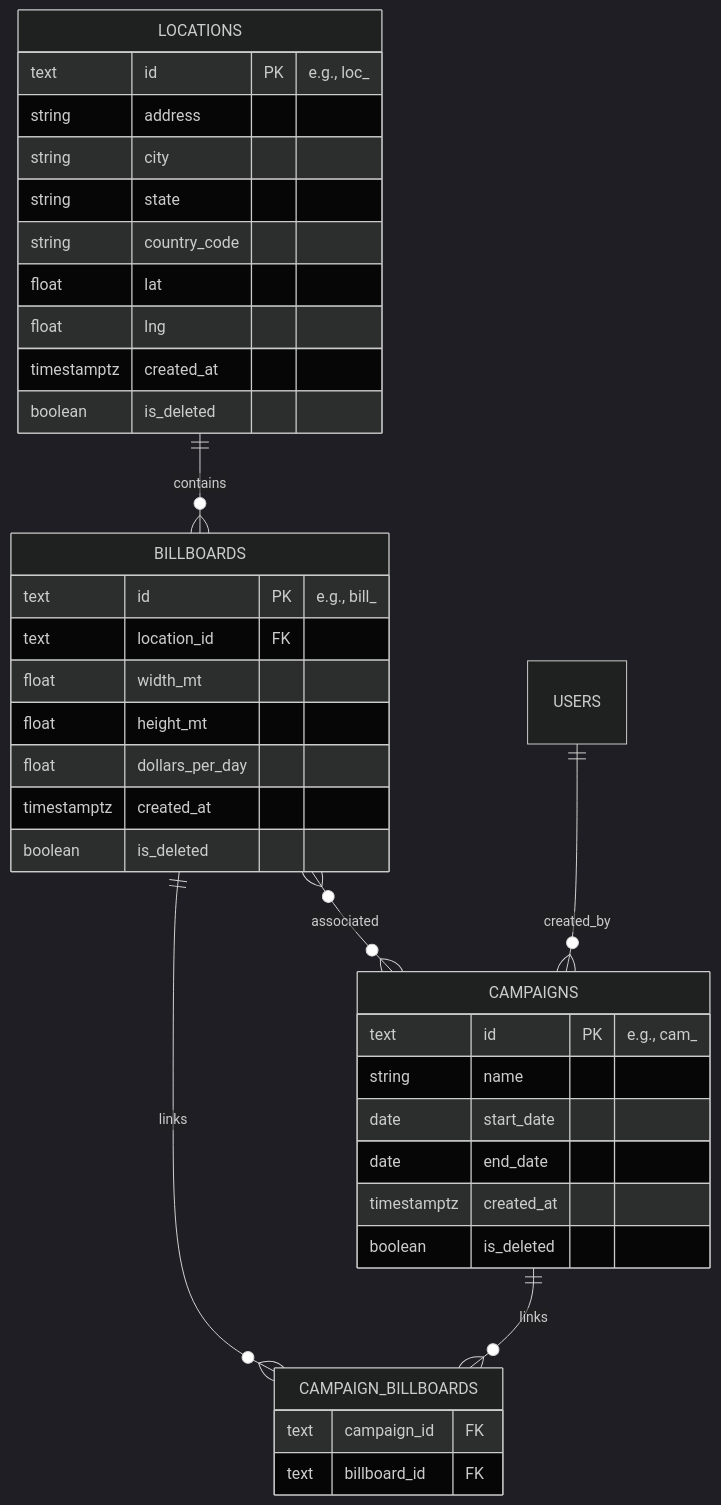
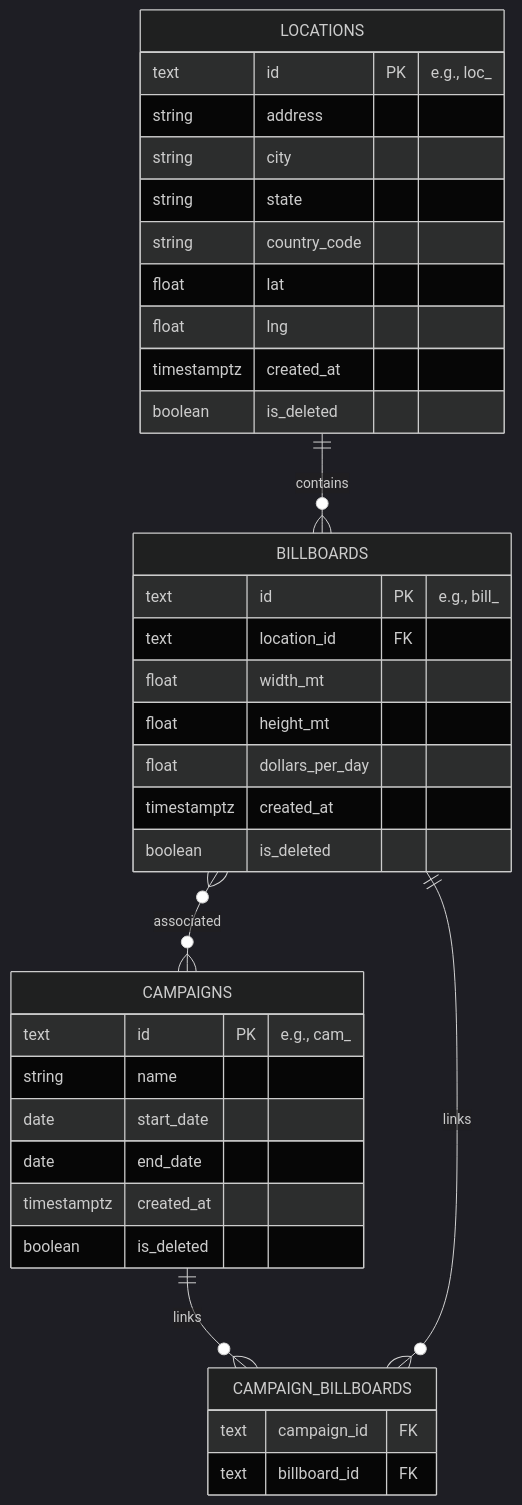
The diagram in README.md (brunosarti83/pwc-advertising-api), drawn with Mermaid (dark theme) before and after one commit.

Commit message:
[fix]removed users from mermaid schema

````diff
--- a/README.md
+++ b/README.md
@@ -22,40 +22,39 @@
 ```mermaid
 erDiagram
     LOCATIONS ||--o{ BILLBOARDS : contains
     BILLBOARDS }o--o{ CAMPAIGNS : associated
     CAMPAIGNS ||--o{ CAMPAIGN_BILLBOARDS : links
     BILLBOARDS ||--o{ CAMPAIGN_BILLBOARDS : links
-    USERS ||--o{ CAMPAIGNS : created_by
     LOCATIONS {
         text id PK "e.g., loc_<uuid>"
         string address
         string city
         string state
         string country_code
         float lat
         float lng
         timestamptz created_at
         boolean is_deleted
     }
     BILLBOARDS {
         text id PK "e.g., bill_<uuid>"
         text location_id FK
         float width_mt
         float height_mt
         float dollars_per_day
         timestamptz created_at
         boolean is_deleted
     }
     CAMPAIGNS {
         text id PK "e.g., cam_<uuid>"
         string name
         date start_date
         date end_date
         timestamptz created_at
         boolean is_deleted
     }
     CAMPAIGN_BILLBOARDS {
         text campaign_id FK
         text billboard_id FK
     }
 ```
````
